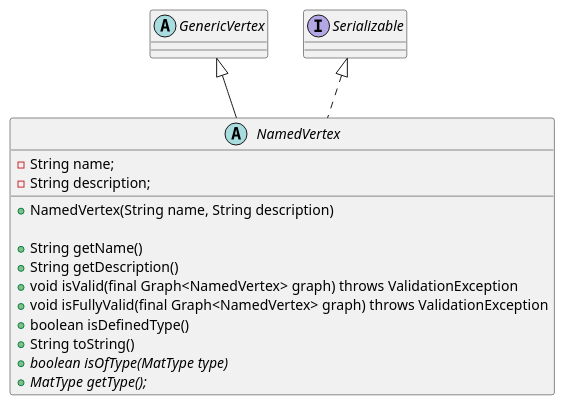
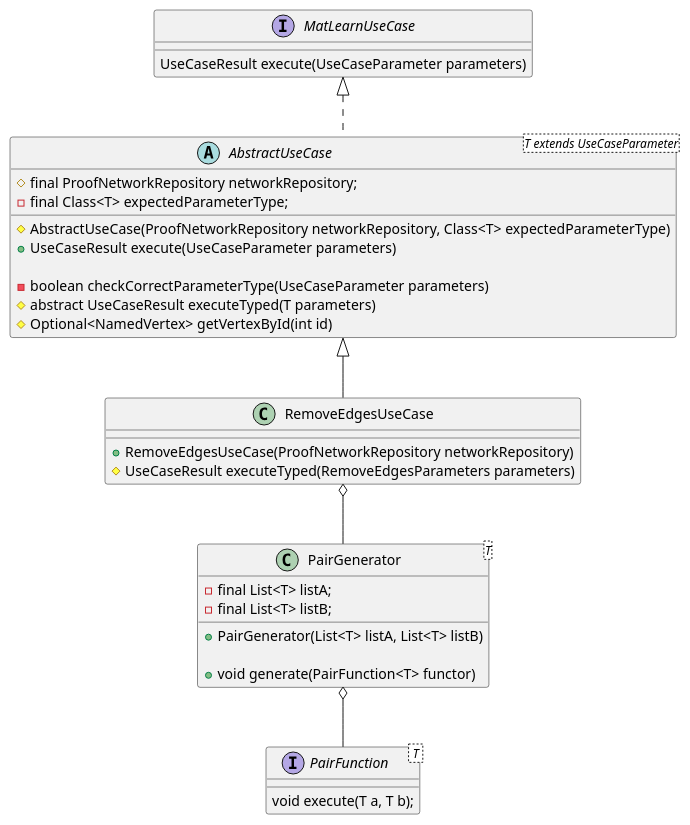
Before and after one commit to keksklauer4/MatLearn: the diagram in uml/dependency_positive.puml, drawn with PlantUML. The commit also changed 1 other file, not shown here.

```diff
--- a/uml/dependency_positive.puml
+++ b/uml/dependency_positive.puml
@@ -3,21 +3,41 @@
 @startuml
-
-abstract class GenericVertex
-
-abstract class NamedVertex extends GenericVertex implements Serializable {
-    -String name;
-    -String description;
-
-    +NamedVertex(String name, String description)
-
-    +String getName()
-    +String getDescription()
-    +void isValid(final Graph<NamedVertex> graph) throws ValidationException
-    +void isFullyValid(final Graph<NamedVertex> graph) throws ValidationException
-    +boolean isDefinedType()
-    +String toString()
-    +{abstract} boolean isOfType(MatType type)
-    +{abstract} MatType getType();
+interface PairFunction< T > {
+    void execute(T a, T b);
 }
 
+class PairGenerator<T> {
+    - final List<T> listA;
+    - final List<T> listB;
+
+    + PairGenerator(List<T> listA, List<T> listB)
+
+    +void generate(PairFunction<T> functor)
+}
+
+class RemoveEdgesUseCase extends AbstractUseCase {
+    +RemoveEdgesUseCase(ProofNetworkRepository networkRepository)
+
+
+    # UseCaseResult executeTyped(RemoveEdgesParameters parameters)
+}
+
+abstract class AbstractUseCase<T extends UseCaseParameter> implements MatLearnUseCase {
+    # final ProofNetworkRepository networkRepository;
+    - final Class<T> expectedParameterType;
+
+    # AbstractUseCase(ProofNetworkRepository networkRepository, Class<T> expectedParameterType)
+    + UseCaseResult execute(UseCaseParameter parameters)
+
+    - boolean checkCorrectParameterType(UseCaseParameter parameters)
+    # abstract UseCaseResult executeTyped(T parameters)
+    # Optional<NamedVertex> getVertexById(int id)
+}
+
+interface MatLearnUseCase {
+    UseCaseResult execute(UseCaseParameter parameters)
+}
+
+PairGenerator o-- PairFunction
+RemoveEdgesUseCase o-- PairGenerator
+
 @enduml
```
